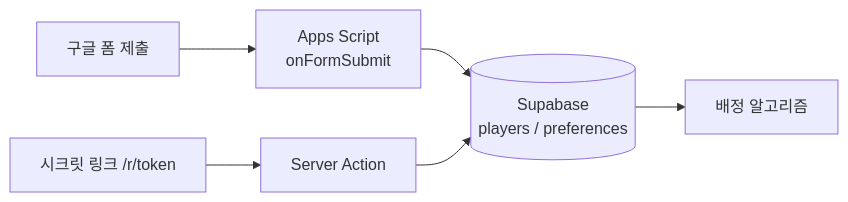
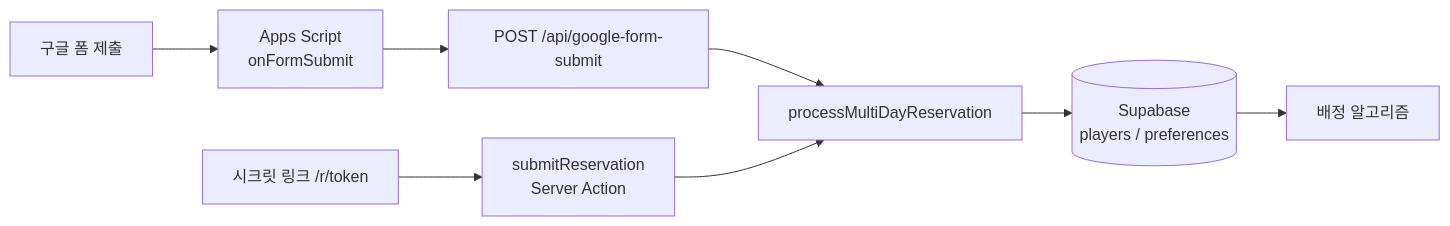
The eighth of 8 diagrams in docs/RESERVATION_SYSTEM.md (SxxM131/wos1234), drawn with Mermaid before and after one commit. The commit also changed other lines of this file and 3 other files, not shown here.

First line of the commit message:
Unify submit flow via processMultiDayReservation

````diff
--- a/docs/RESERVATION_SYSTEM.md
+++ b/docs/RESERVATION_SYSTEM.md
@@ -534,8 +543,10 @@
 ```mermaid
 flowchart LR
   GF[구글 폼 제출] --> AS[Apps Script\nonFormSubmit]
-  AS --> SB[(Supabase\nplayers / preferences)]
-  RL[시크릿 링크 /r/token] --> SA[Server Action]
-  SA --> SB
+  AS --> WH[POST /api/google-form-submit]
+  WH --> PMR[processMultiDayReservation]
+  RL[시크릿 링크 /r/token] --> SA[submitReservation\nServer Action]
+  SA --> PMR
+  PMR --> SB[(Supabase\nplayers / preferences)]
   SB --> BA[배정 알고리즘]
 ```
````
